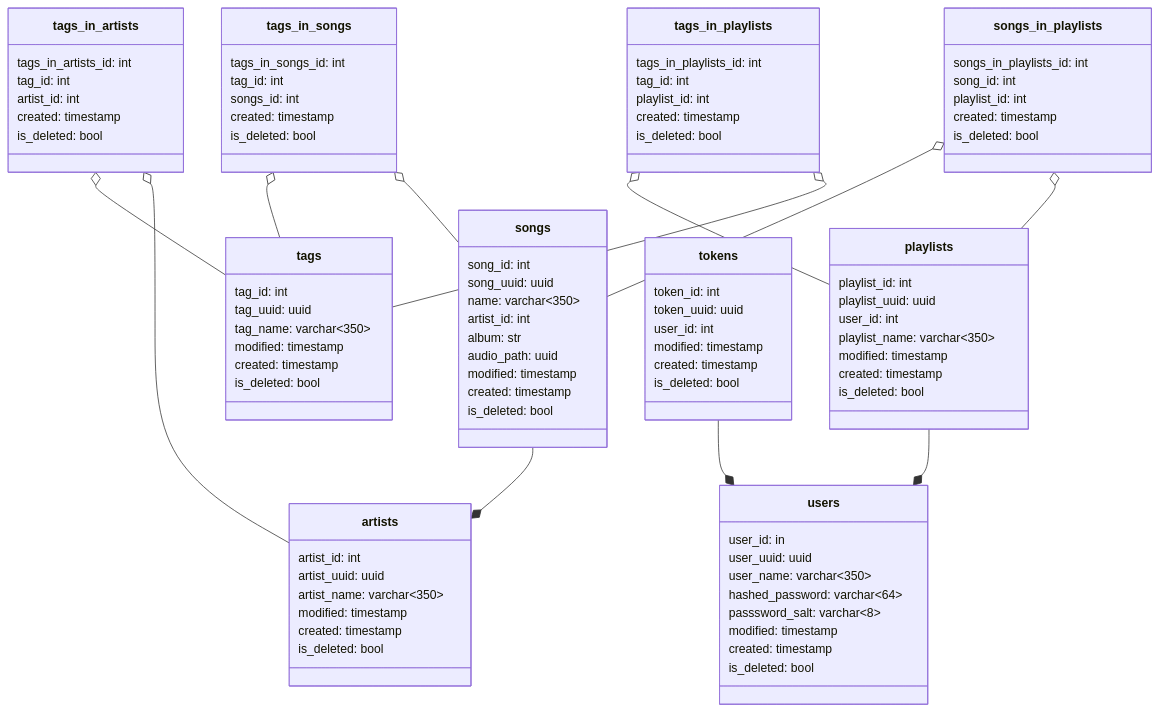
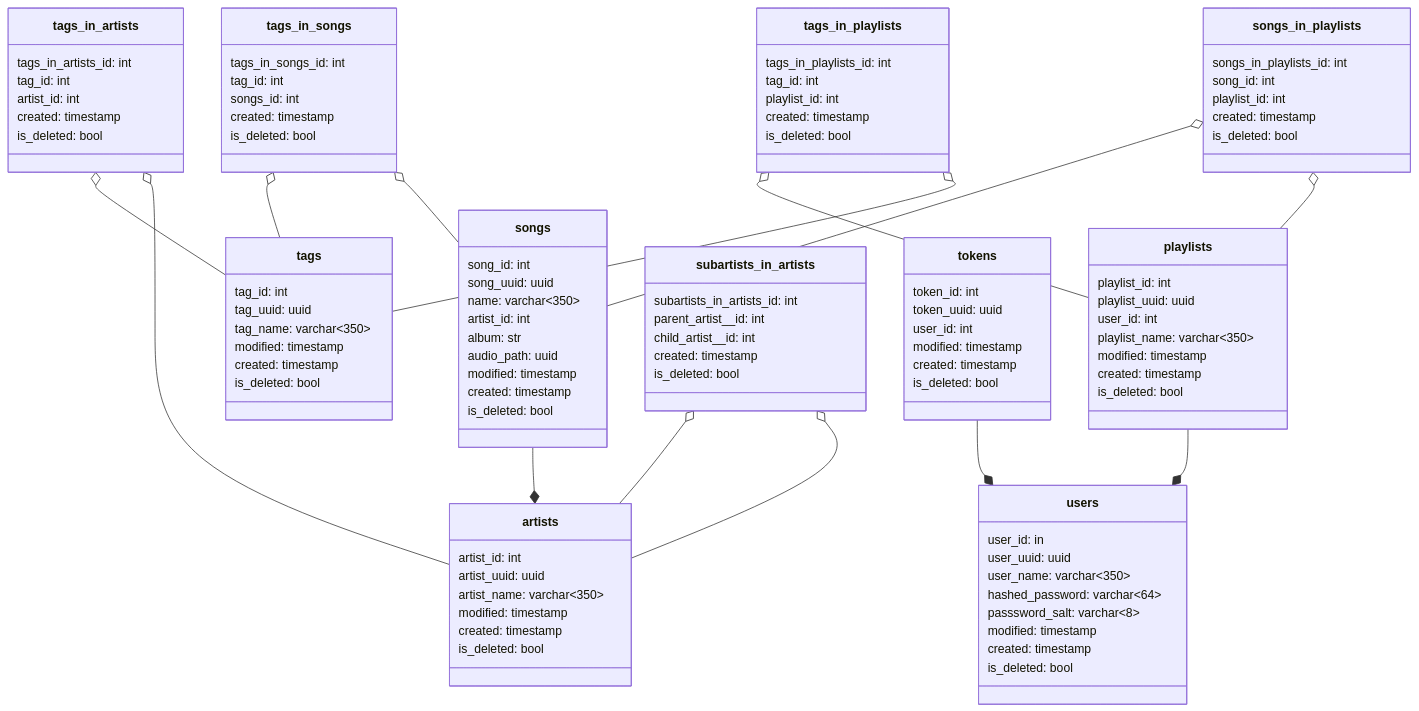
One commit to theglobehead/playlist-app-with-fastapi-react changed the first of 2 diagrams in README.md. Above: the diagram before and after it, drawn with Mermaid. The commit also changed other lines of this file, not shown here.

Commit message:
feat: added subartists to UML diagrams

```diff
--- a/README.md
+++ b/README.md
@@ -87,6 +87,14 @@
         is_deleted: bool
     }
 
+    class subartists_in_artists{
+        subartists_in_artists_id: int
+        parent_artist__id: int
+        child_artist__id: int
+        created: timestamp
+        is_deleted: bool
+    }
+
     class tokens{
         token_id: int
         token_uuid: uuid
@@ -108,6 +116,9 @@
     songs_in_playlists o-- songs
     songs_in_playlists o-- playlists
 
+    subartists_in_artists o-- artists
+    subartists_in_artists o-- artists
+
     playlists --* users
     songs --* artists
     tokens --* users
```
